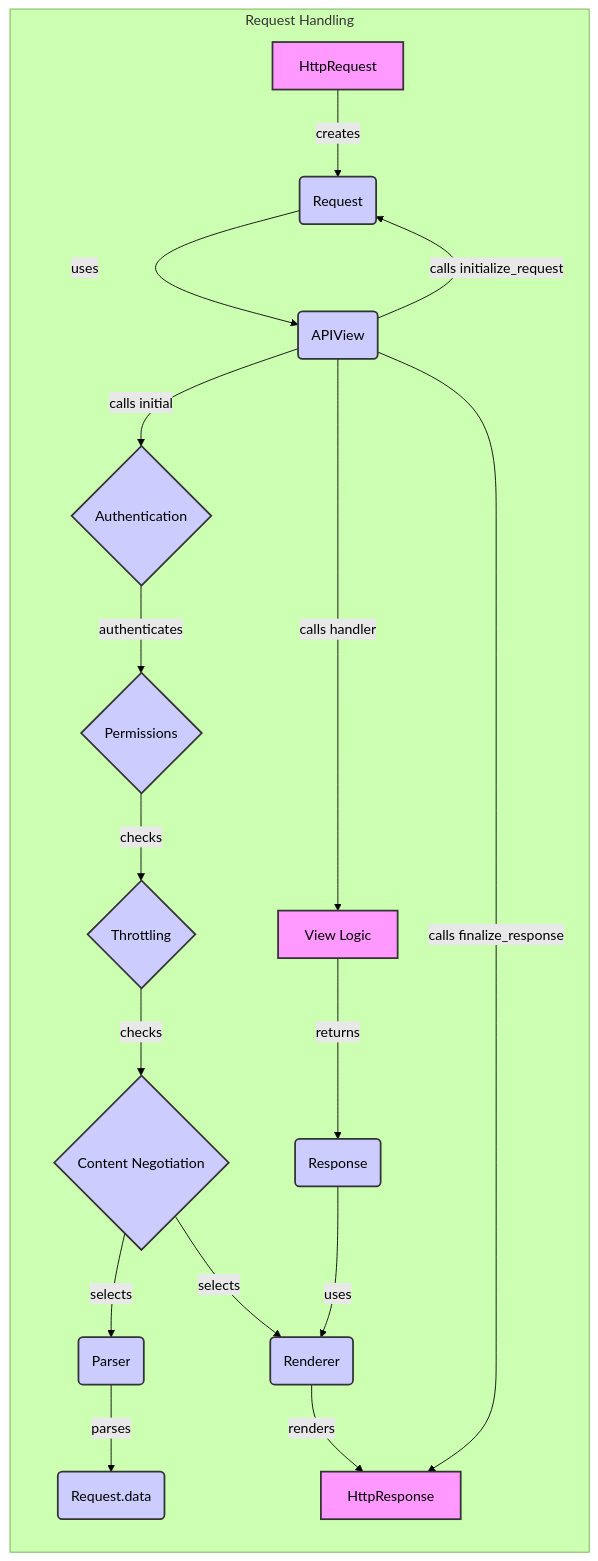
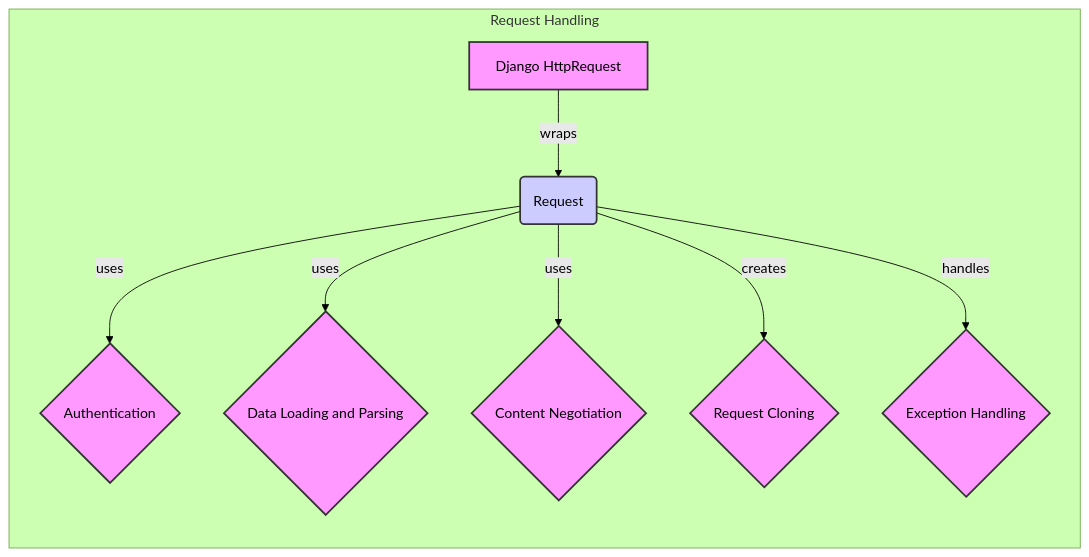
The diagram in django-rest-framework/Request Handling.md (CodeBoarding/GeneratedOnBoardings), drawn with Mermaid (forest theme) before and after one commit. The commit also changed other lines of this file and 11 other files, not shown here.

````diff
--- a/django-rest-framework/Request Handling.md
+++ b/django-rest-framework/Request Handling.md
@@ -5,36 +5,21 @@
 ```mermaid
 graph LR
     subgraph Request Handling
-    A[HttpRequest] -- creates --> B(Request) 
-    B -- uses --> C(APIView) 
-    C -- calls initialize_request --> B
-    C -- calls initial --> D{Authentication} 
-    D -- authenticates --> E{Permissions} 
-    E -- checks --> F{Throttling} 
-    F -- checks --> G{Content Negotiation} 
-    G -- selects --> H(Parser) 
-    H -- parses --> I(Request.data) 
-    G -- selects --> J(Renderer) 
-    C -- calls handler --> K[View Logic] 
-    K -- returns --> L(Response) 
-    L -- uses --> J
-    J -- renders --> M[HttpResponse]
-    C -- calls finalize_response --> M
+    A[Django HttpRequest] -- wraps --> B(Request) 
+    B -- uses --> C{Authentication}
+    B -- uses --> D{Data Loading and Parsing}
+    B -- uses --> E{Content Negotiation}
+    B -- creates --> F{Request Cloning}
+    B -- handles --> G{Exception Handling}
     end
 
     style A fill:#f9f,stroke:#333,stroke-width:2px
     style B fill:#ccf,stroke:#333,stroke-width:2px
-    style C fill:#ccf,stroke:#333,stroke-width:2px
-    style D fill:#ccf,stroke:#333,stroke-width:2px
-    style E fill:#ccf,stroke:#333,stroke-width:2px
-    style F fill:#ccf,stroke:#333,stroke-width:2px
-    style G fill:#ccf,stroke:#333,stroke-width:2px
-    style H fill:#ccf,stroke:#333,stroke-width:2px
-    style I fill:#ccf,stroke:#333,stroke-width:2px
-    style J fill:#ccf,stroke:#333,stroke-width:2px
-    style K fill:#f9f,stroke:#333,stroke-width:2px
-    style L fill:#ccf,stroke:#333,stroke-width:2px
-    style M fill:#f9f,stroke:#333,stroke-width:2px
+    style C fill:#f9f,stroke:#333,stroke-width:2px
+    style D fill:#f9f,stroke:#333,stroke-width:2px
+    style E fill:#f9f,stroke:#333,stroke-width:2px
+    style F fill:#f9f,stroke:#333,stroke-width:2px
+    style G fill:#f9f,stroke:#333,stroke-width:2px
 
 
 ```
````
